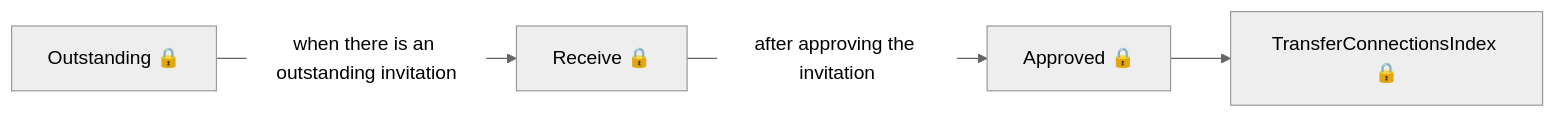
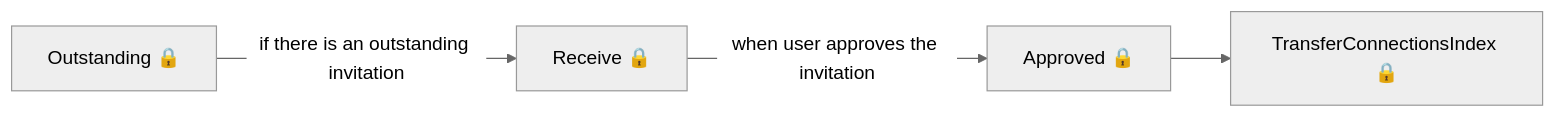
One commit to talentconsulting/atlas-dfe changed the eighth of 10 diagrams in das-employer-finance/user-journeys/user-journeys.md. Above: the diagram before and after it, drawn with Mermaid (neutral theme). The commit also changed other lines of this file and 6 other files, not shown here.

````diff
--- a/das-employer-finance/user-journeys/user-journeys.md
+++ b/das-employer-finance/user-journeys/user-journeys.md
@@ -34,6 +89,6 @@
 ```mermaid
 flowchart LR
-  p0["Outstanding 🔒"] -->|"when there is an outstanding invitation"| p1["Receive 🔒"]
-  p1["Receive 🔒"] -->|"after approving the invitation"| p2["Approved 🔒"]
+  p0["Outstanding 🔒"] -->|"if there is an outstanding invitation"| p1["Receive 🔒"]
+  p1["Receive 🔒"] -->|"when user approves the invitation"| p2["Approved 🔒"]
   p2["Approved 🔒"] --> p3["TransferConnectionsIndex 🔒"]
 ```
````
